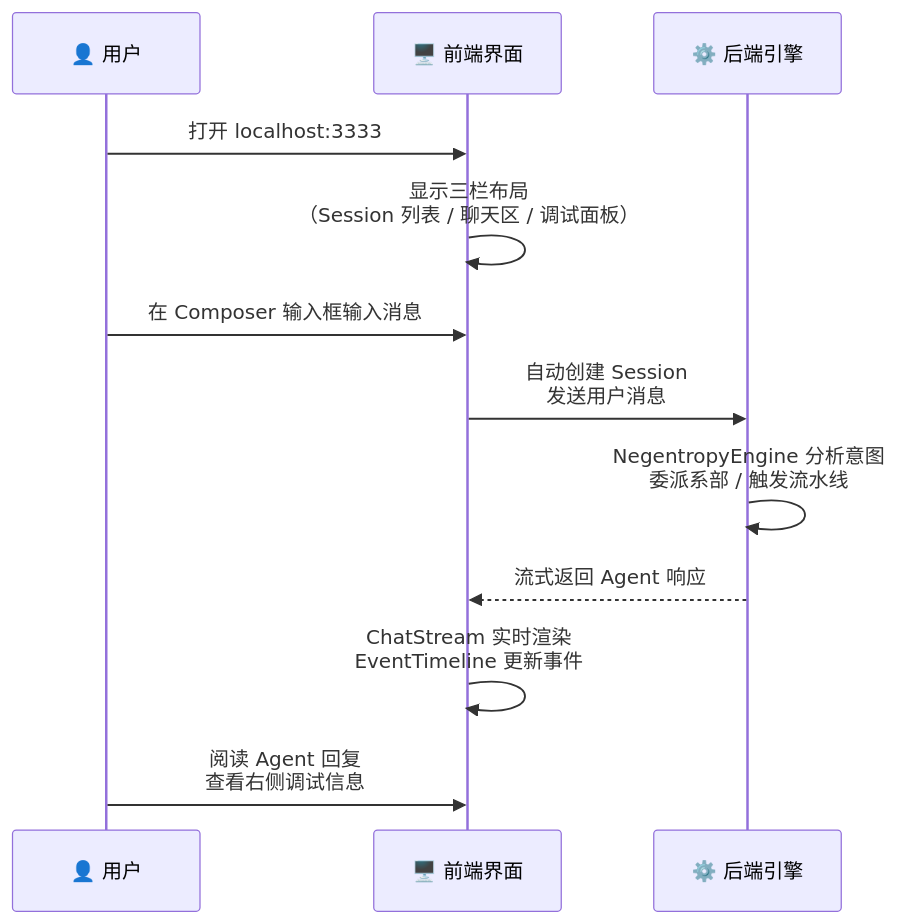
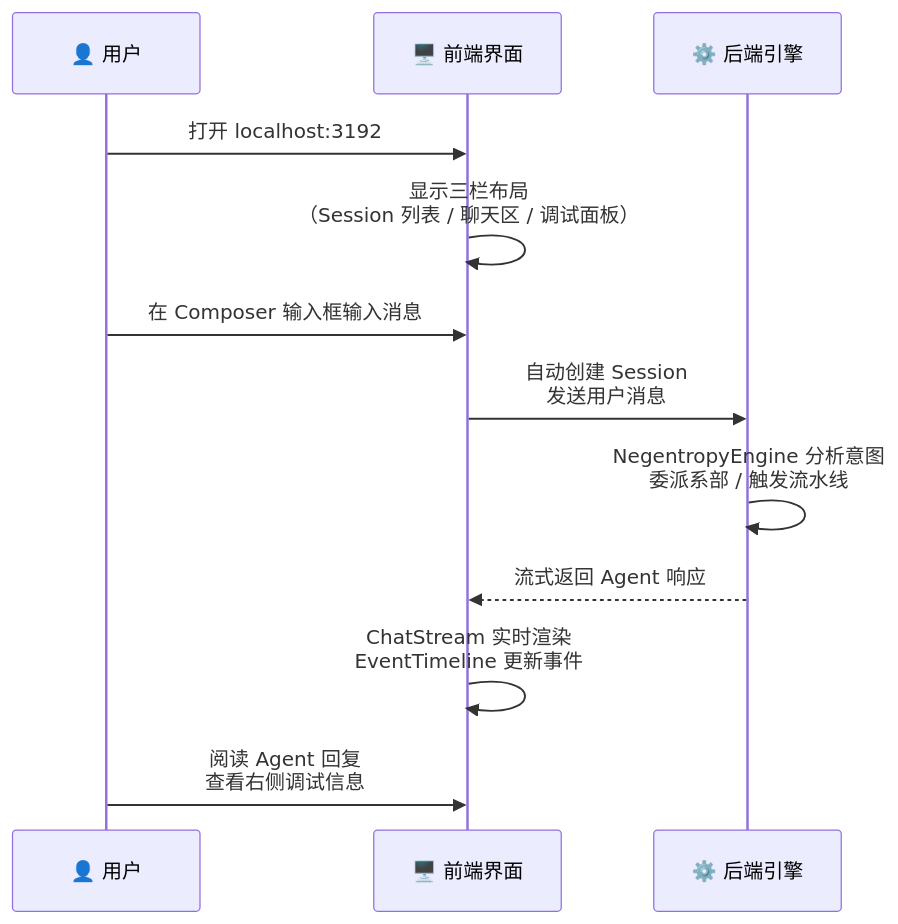
Before and after one commit to ThreeFish-AI/negentropy: the third of 11 diagrams in docs/user-guide.md, drawn with Mermaid. The commit also changed other lines of this file and 9 other files, not shown here.

````diff
--- a/docs/user-guide.md
+++ b/docs/user-guide.md
@@ -203,15 +203,15 @@
 ```mermaid
 sequenceDiagram
     participant U as 👤 用户
     participant UI as 🖥️ 前端界面
     participant BE as ⚙️ 后端引擎
 
-    U->>UI: 打开 localhost:3333
+    U->>UI: 打开 localhost:3192
     UI->>UI: 显示三栏布局<br/>（Session 列表 / 聊天区 / 调试面板）
     U->>UI: 在 Composer 输入框输入消息
     UI->>BE: 自动创建 Session<br/>发送用户消息
     BE->>BE: NegentropyEngine 分析意图<br/>委派系部 / 触发流水线
     BE-->>UI: 流式返回 Agent 响应
     UI->>UI: ChatStream 实时渲染<br/>EventTimeline 更新事件
     U->>UI: 阅读 Agent 回复<br/>查看右侧调试信息
 ```
````
